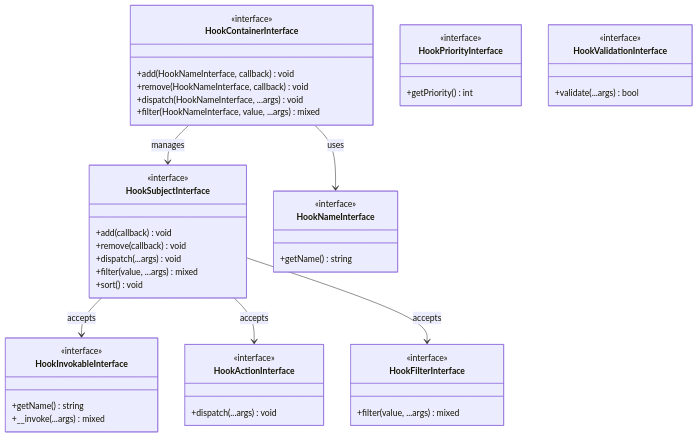
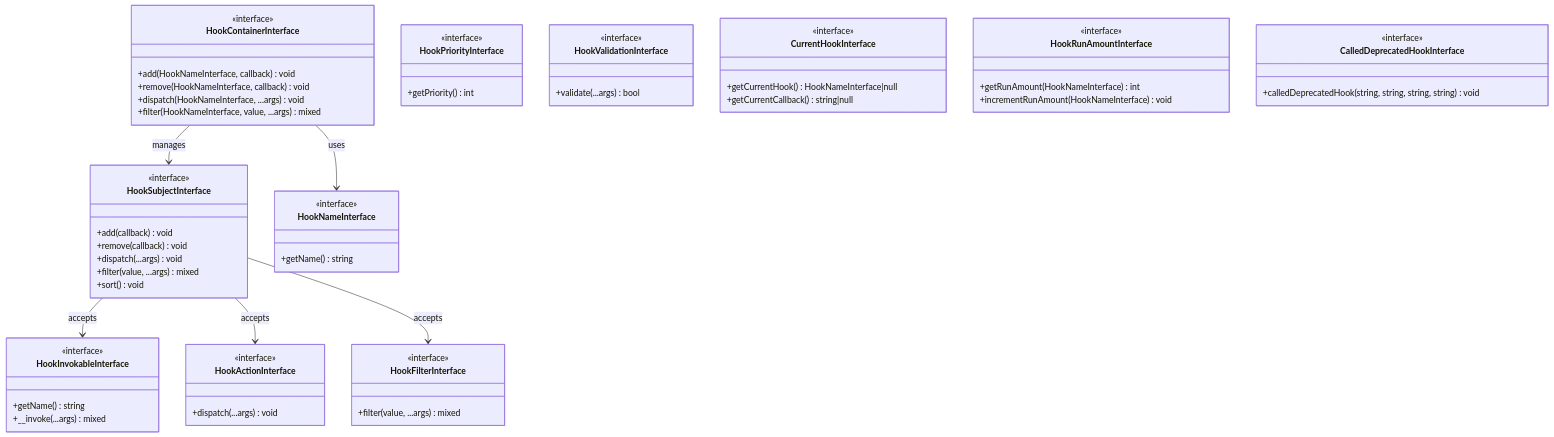
Before and after one commit to SpeedySpec/speedyspec-wp-hook-domain: the first of 2 diagrams in docs/contracts.md, drawn with Mermaid. The commit also changed other lines of this file and 2 other files, not shown here.

````diff
--- a/docs/contracts.md
+++ b/docs/contracts.md
@@ -7,56 +7,73 @@
 ```mermaid
 classDiagram
     class HookContainerInterface {
         <<interface>>
         +add(HookNameInterface, callback) void
         +remove(HookNameInterface, callback) void
         +dispatch(HookNameInterface, ...args) void
         +filter(HookNameInterface, value, ...args) mixed
     }
 
     class HookSubjectInterface {
         <<interface>>
         +add(callback) void
         +remove(callback) void
         +dispatch(...args) void
         +filter(value, ...args) mixed
         +sort() void
     }
 
     class HookNameInterface {
         <<interface>>
         +getName() string
     }
 
     class HookInvokableInterface {
         <<interface>>
         +getName() string
         +__invoke(...args) mixed
     }
 
     class HookPriorityInterface {
         <<interface>>
         +getPriority() int
     }
 
     class HookActionInterface {
         <<interface>>
         +dispatch(...args) void
     }
 
     class HookFilterInterface {
         <<interface>>
         +filter(value, ...args) mixed
     }
 
     class HookValidationInterface {
         <<interface>>
         +validate(...args) bool
     }
 
+    class CurrentHookInterface {
+        <<interface>>
+        +getCurrentHook() HookNameInterface|null
+        +getCurrentCallback() string|null
+    }
+
+    class HookRunAmountInterface {
+        <<interface>>
+        +getRunAmount(HookNameInterface) int
+        +incrementRunAmount(HookNameInterface) void
+    }
+
+    class CalledDeprecatedHookInterface {
+        <<interface>>
+        +calledDeprecatedHook(string, string, string, string) void
+    }
+
     HookContainerInterface --> HookSubjectInterface : manages
     HookContainerInterface --> HookNameInterface : uses
     HookSubjectInterface --> HookInvokableInterface : accepts
     HookSubjectInterface --> HookActionInterface : accepts
     HookSubjectInterface --> HookFilterInterface : accepts
 ```
````
